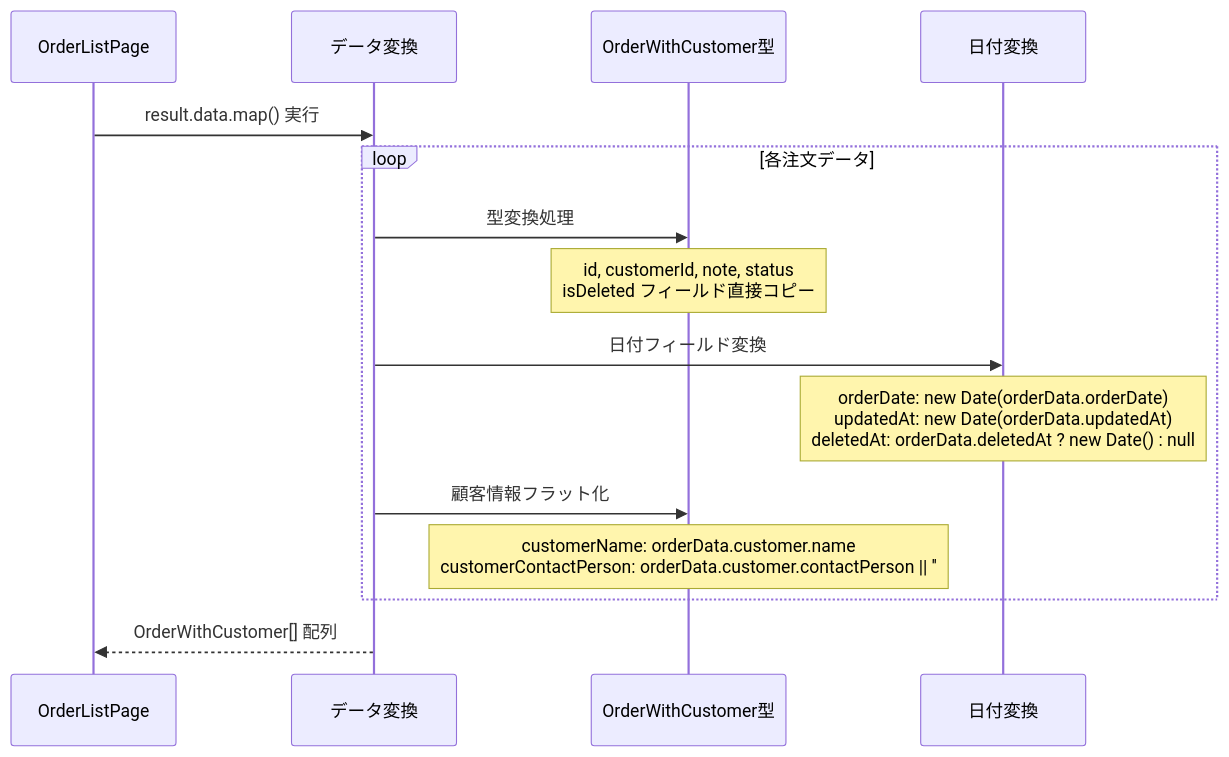
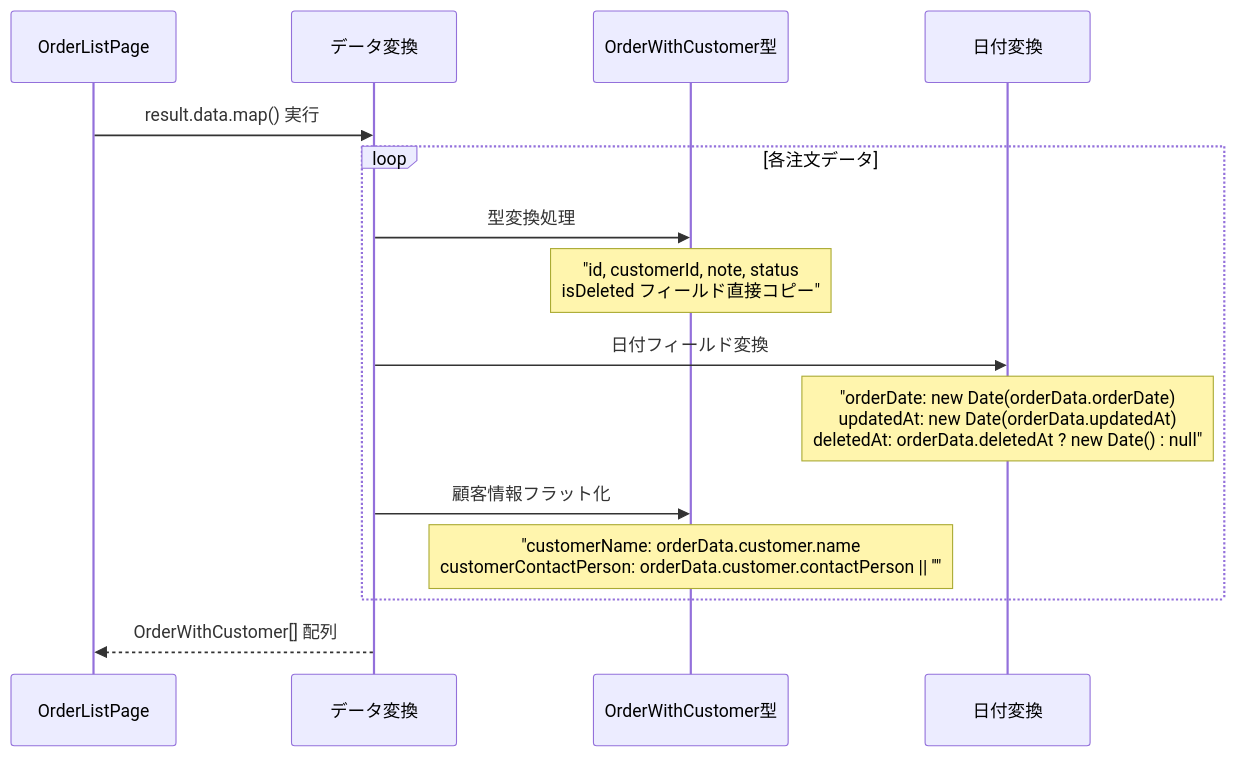
Before and after one commit to wasabi49/ocs-systemDevelopmentExercises: the third of 10 diagrams in document/pages/sequence/OrderList.md, drawn with Mermaid. The commit also changed other lines of this file and 42 other files, not shown here.

First line of the commit message:
fix: mermaidシーケンス図のNote over文でダブルクォーテーション不足を修正

````diff
--- a/document/pages/sequence/OrderList.md
+++ b/document/pages/sequence/OrderList.md
@@ -55,22 +55,22 @@
 ```mermaid
 sequenceDiagram
     participant Page as OrderListPage
     participant DataTransform as データ変換
     participant TypeDef as OrderWithCustomer型
     participant DateConvert as 日付変換
 
     Page->>DataTransform: result.data.map() 実行
     
     loop 各注文データ
         DataTransform->>TypeDef: 型変換処理
-        Note over TypeDef: id, customerId, note, status<br/>isDeleted フィールド直接コピー
+        Note over TypeDef: "id, customerId, note, status<br/>isDeleted フィールド直接コピー"
         
         DataTransform->>DateConvert: 日付フィールド変換
-        Note over DateConvert: orderDate: new Date(orderData.orderDate)<br/>updatedAt: new Date(orderData.updatedAt)<br/>deletedAt: orderData.deletedAt ? new Date() : null
+        Note over DateConvert: "orderDate: new Date(orderData.orderDate)<br/>updatedAt: new Date(orderData.updatedAt)<br/>deletedAt: orderData.deletedAt ? new Date() : null"
         
         DataTransform->>TypeDef: 顧客情報フラット化
-        Note over TypeDef: customerName: orderData.customer.name<br/>customerContactPerson: orderData.customer.contactPerson || ''
+        Note over TypeDef: "customerName: orderData.customer.name<br/>customerContactPerson: orderData.customer.contactPerson || ''"
     end
     
     DataTransform-->>Page: OrderWithCustomer[] 配列
 ```
````
